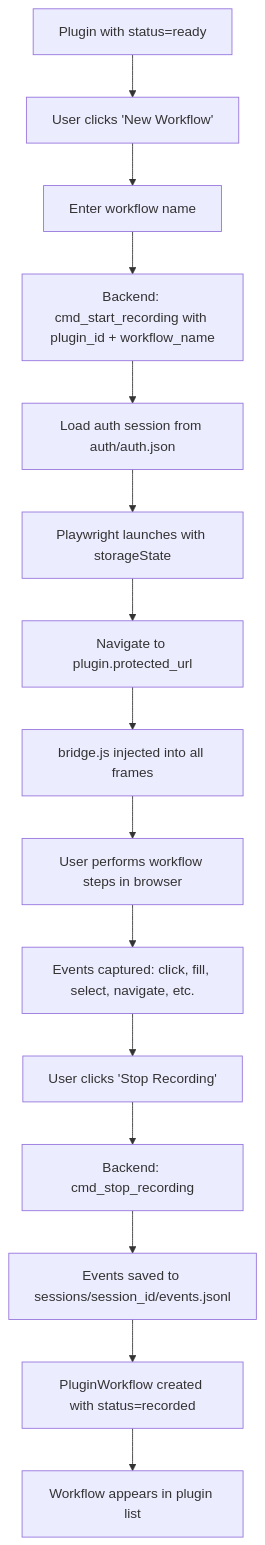
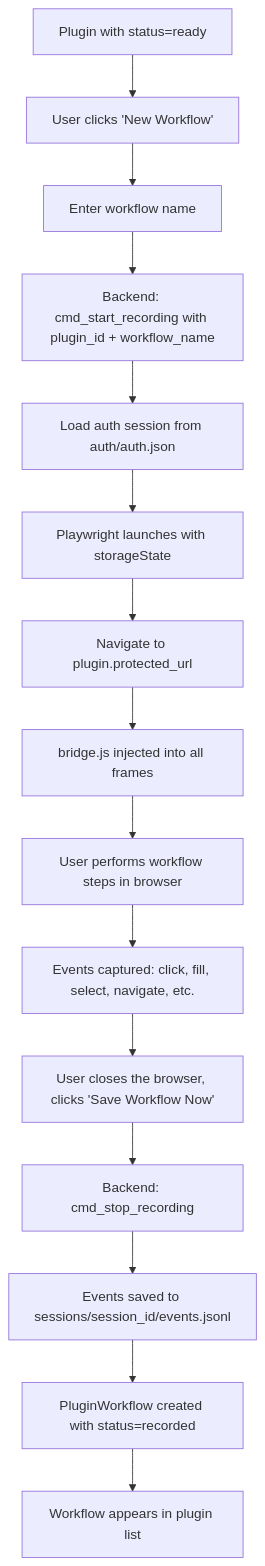
Before and after one commit to Cannonbold2412/CONXA: the fifth of 17 diagrams in docs/App-Flow.md, drawn with Mermaid. The commit also changed other lines of this file and 19 other files, not shown here.

````diff
--- a/docs/App-Flow.md
+++ b/docs/App-Flow.md
@@ -138,17 +138,17 @@
 ```mermaid
 flowchart TD
     A[Plugin with status=ready] --> B[User clicks 'New Workflow']
     B --> C[Enter workflow name]
     C --> D[Backend: cmd_start_recording with plugin_id + workflow_name]
     D --> E[Load auth session from auth/auth.json]
     E --> F[Playwright launches with storageState]
     F --> G[Navigate to plugin.protected_url]
     G --> H[bridge.js injected into all frames]
     H --> I[User performs workflow steps in browser]
     I --> J[Events captured: click, fill, select, navigate, etc.]
-    J --> K[User clicks 'Stop Recording']
+    J --> K[User closes the browser, clicks 'Save Workflow Now']
     K --> L[Backend: cmd_stop_recording]
     L --> M[Events saved to sessions/session_id/events.jsonl]
     M --> N[PluginWorkflow created with status=recorded]
     N --> O[Workflow appears in plugin list]
 ```
````
